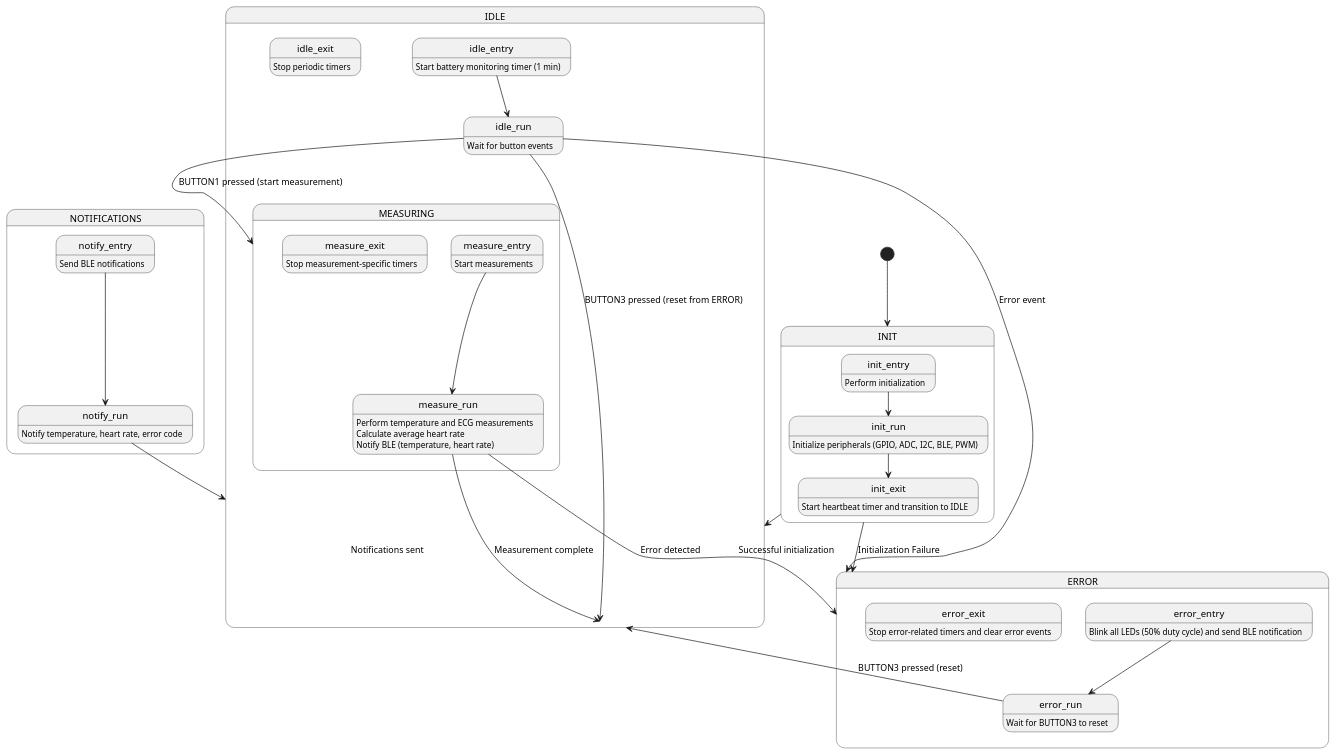
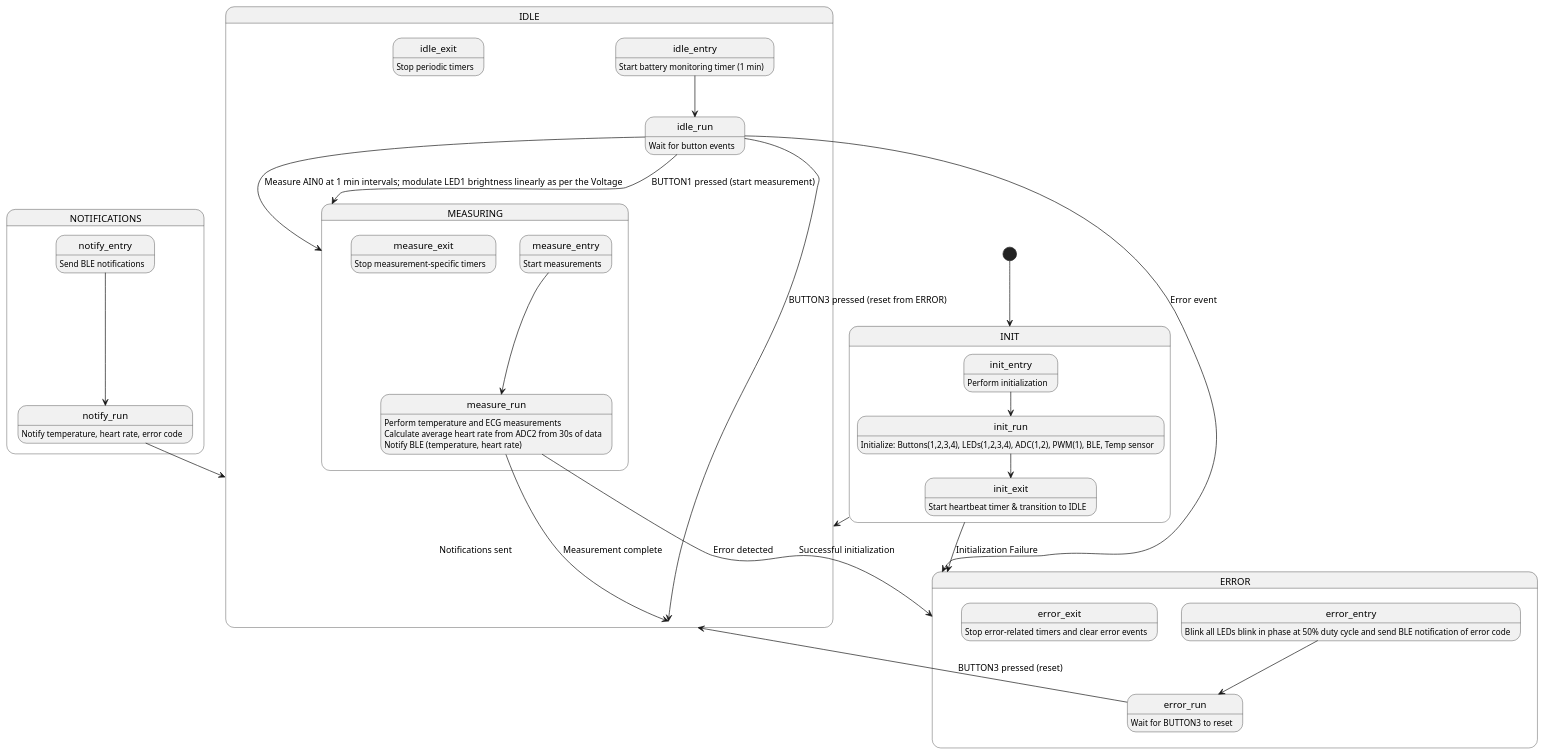
Before and after one commit to kayycon/ECG-BLE: the diagram in state_diagram.puml, drawn with PlantUML. The commit also changed 15 other files, not shown here.

```diff
--- a/state_diagram.puml
+++ b/state_diagram.puml
@@ -1,50 +1,51 @@
 @startuml
 
 [*] --> INIT
 
 state INIT {
     init_entry: Perform initialization
     init_entry --> init_run
-    init_run: Initialize peripherals (GPIO, ADC, I2C, BLE, PWM)
+    init_run: Initialize: Buttons(1,2,3,4), LEDs(1,2,3,4), ADC(1,2), PWM(1), BLE, Temp sensor
     init_run --> init_exit
-    init_exit: Start heartbeat timer and transition to IDLE
+    init_exit: Start heartbeat timer & transition to IDLE
 }
 
 INIT --> IDLE : Successful initialization
 INIT --> ERROR : Initialization Failure
 
 state IDLE {
     idle_entry: Start battery monitoring timer (1 min)
     idle_entry --> idle_run
     idle_run: Wait for button events
+    idle_run --> MEASURING : Measure AIN0 at 1 min intervals; modulate LED1 brightness linearly as per the Voltage
     idle_run --> MEASURING : BUTTON1 pressed (start measurement)
     idle_run --> ERROR : Error event
     idle_run --> IDLE : BUTTON3 pressed (reset from ERROR)
     idle_exit: Stop periodic timers
 }
 
 state MEASURING {
     measure_entry: Start measurements
     measure_entry --> measure_run
-    measure_run: Perform temperature and ECG measurements\nCalculate average heart rate\nNotify BLE (temperature, heart rate)
+    measure_run: Perform temperature and ECG measurements\nCalculate average heart rate from ADC2 from 30s of data\nNotify BLE (temperature, heart rate)
     measure_run --> IDLE : Measurement complete
     measure_run --> ERROR : Error detected
     measure_exit: Stop measurement-specific timers
 }
 
 state ERROR {
-    error_entry: Blink all LEDs (50% duty cycle) and send BLE notification
+    error_entry: Blink all LEDs blink in phase at 50% duty cycle and send BLE notification of error code
     error_entry --> error_run
     error_run: Wait for BUTTON3 to reset
     error_run --> IDLE : BUTTON3 pressed (reset)
     error_exit: Stop error-related timers and clear error events
 }
 
 state NOTIFICATIONS {
     notify_entry: Send BLE notifications
     notify_entry --> notify_run
     notify_run: Notify temperature, heart rate, error code
     notify_run --> IDLE : Notifications sent
 }
 
 @enduml
```
